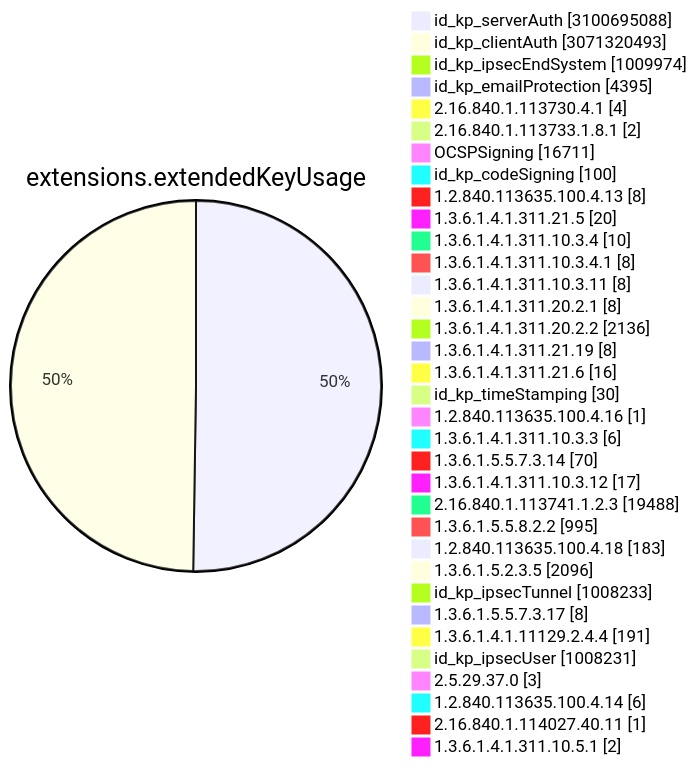
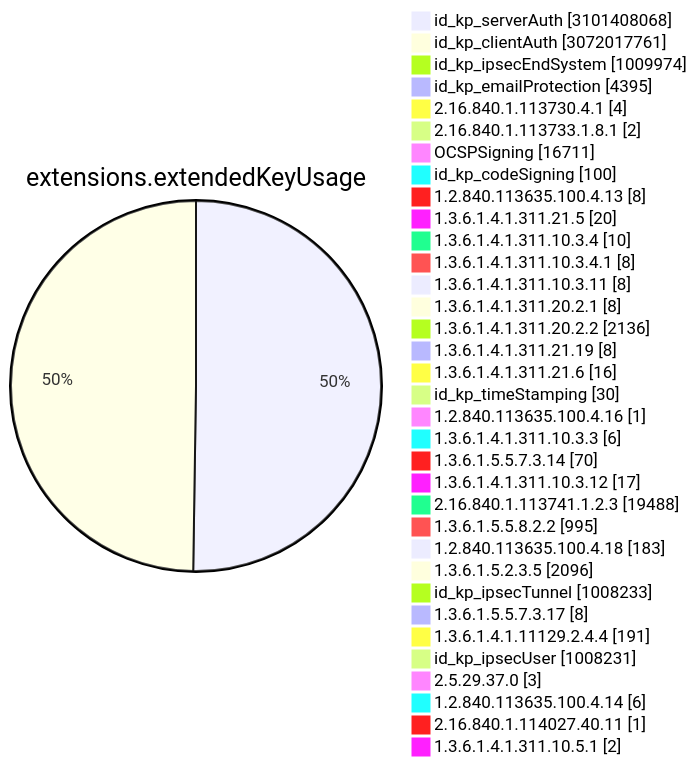
One commit to christiankrug/ctmonitor_visualization changed diagram 11 of 15 in TOTAL/README.md. Above: the diagram before and after it, drawn with Mermaid. The commit also changed other lines of this file, not shown here.

````diff
--- a/TOTAL/README.md
+++ b/TOTAL/README.md
@@ -4119,38 +4119,38 @@
 ```mermaid
 pie showData
 title extensions.extendedKeyUsage
-"id_kp_serverAuth" :3100695088
-"id_kp_clientAuth" :3071320493
+"id_kp_serverAuth" :3101408068
+"id_kp_clientAuth" :3072017761
 "id_kp_ipsecEndSystem" :1009974
 "id_kp_emailProtection" :4395
 "2.16.840.1.113730.4.1" :4
 "2.16.840.1.113733.1.8.1" :2
 "OCSPSigning" :16711
 "id_kp_codeSigning" :100
 "1.2.840.113635.100.4.13" :8
 "1.3.6.1.4.1.311.21.5" :20
 "1.3.6.1.4.1.311.10.3.4" :10
 "1.3.6.1.4.1.311.10.3.4.1" :8
 "1.3.6.1.4.1.311.10.3.11" :8
 "1.3.6.1.4.1.311.20.2.1" :8
 "1.3.6.1.4.1.311.20.2.2" :2136
 "1.3.6.1.4.1.311.21.19" :8
 "1.3.6.1.4.1.311.21.6" :16
 "id_kp_timeStamping" :30
 "1.2.840.113635.100.4.16" :1
 "1.3.6.1.4.1.311.10.3.3" :6
 "1.3.6.1.5.5.7.3.14" :70
 "1.3.6.1.4.1.311.10.3.12" :17
 "2.16.840.1.113741.1.2.3" :19488
 "1.3.6.1.5.5.8.2.2" :995
 "1.2.840.113635.100.4.18" :183
 "1.3.6.1.5.2.3.5" :2096
 "id_kp_ipsecTunnel" :1008233
 "1.3.6.1.5.5.7.3.17" :8
 "1.3.6.1.4.1.11129.2.4.4" :191
 "id_kp_ipsecUser" :1008231
 "2.5.29.37.0" :3
 "1.2.840.113635.100.4.14" :6
 "2.16.840.1.114027.40.11" :1
 "1.3.6.1.4.1.311.10.5.1" :2
 ```
````
